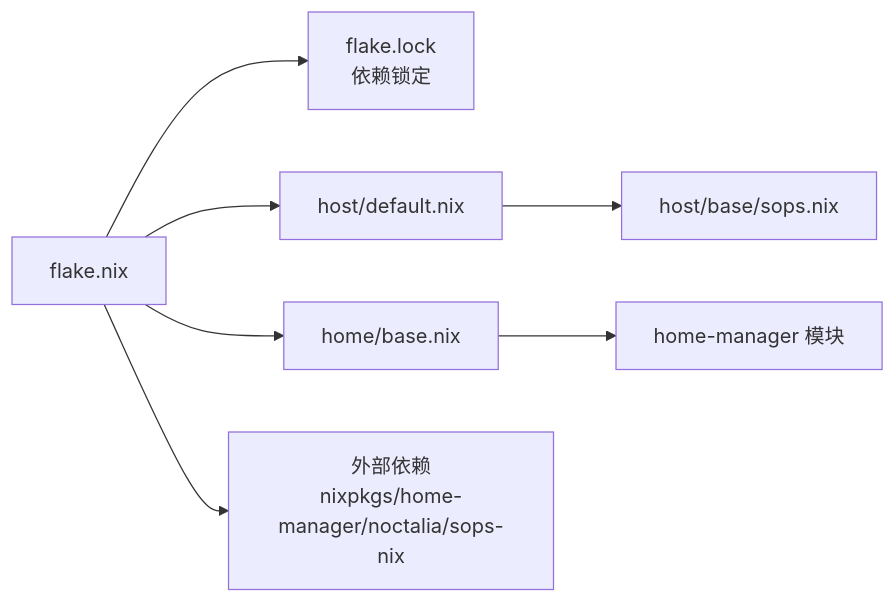
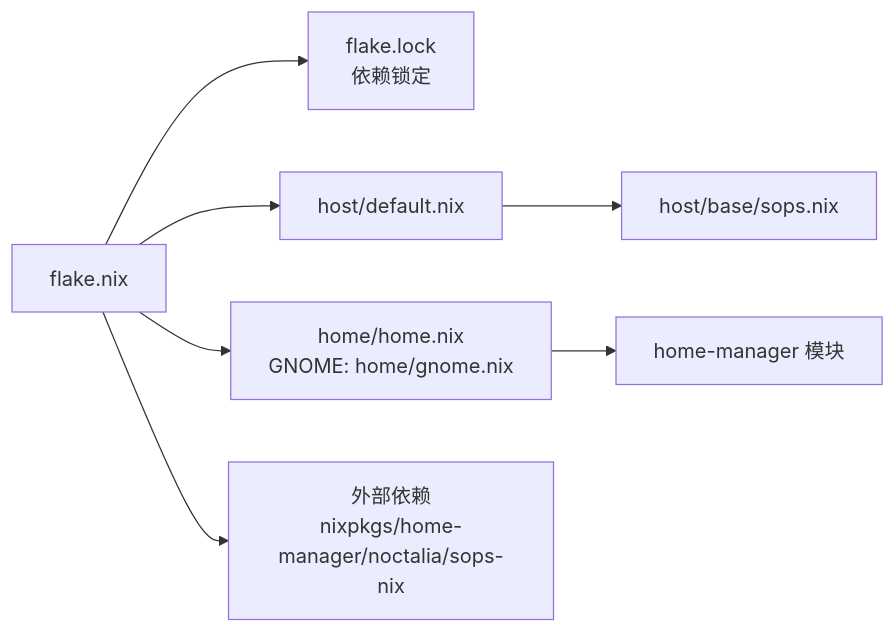
The second of 3 diagrams in wiki/architecture/flake.md (Shangshui0302/myNixOSConfig), drawn with Mermaid before and after one commit. The commit also changed other lines of this file and 2 other files, not shown here.

Commit message:
docs(architecture): align module graphs with current entry points

````diff
--- a/wiki/architecture/flake.md
+++ b/wiki/architecture/flake.md
@@ -73,9 +73,9 @@
 ```mermaid
 graph LR
 Root["flake.nix"] --> Lock["flake.lock<br/>依赖锁定"]
 Root --> Host["host/default.nix"]
-Root --> Home["home/base.nix"]
+Root --> Home["home/home.nix<br/>GNOME: home/gnome.nix"]
 Host --> SOPS["host/base/sops.nix"]
 Home --> HM["home-manager 模块"]
 Root --> Ext["外部依赖<br/>nixpkgs/home-manager/noctalia/sops-nix"]
 ```
````
